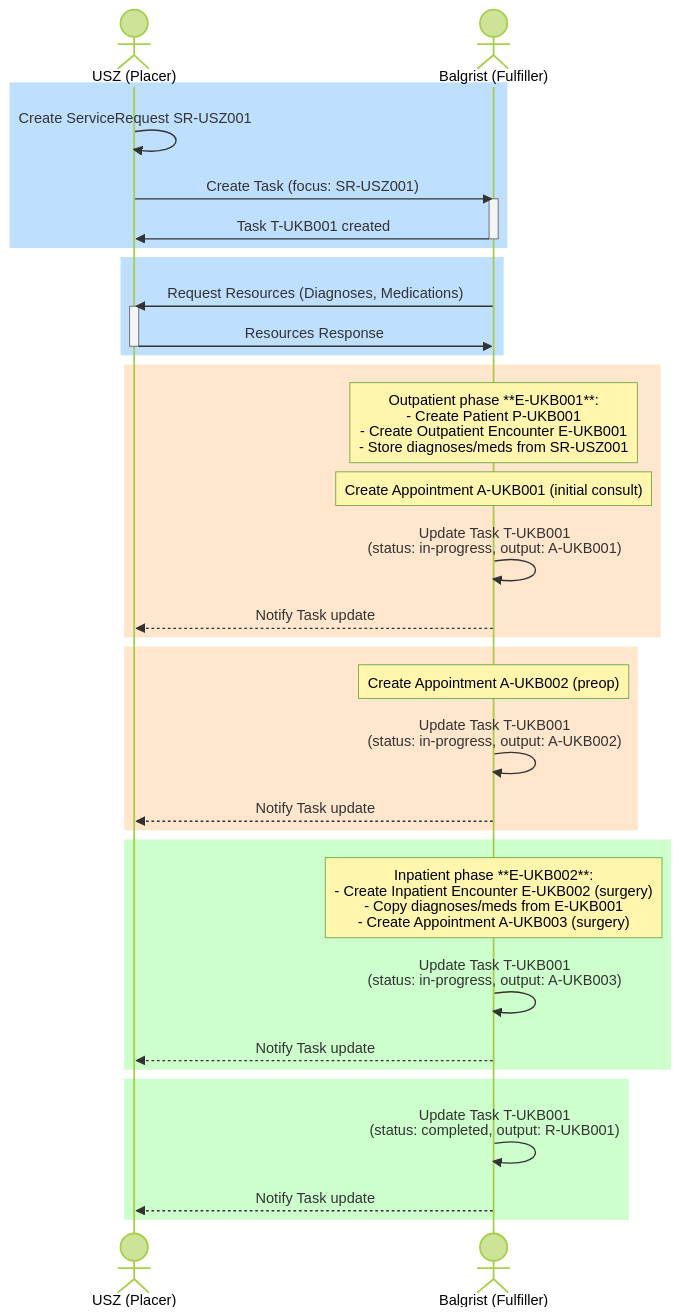
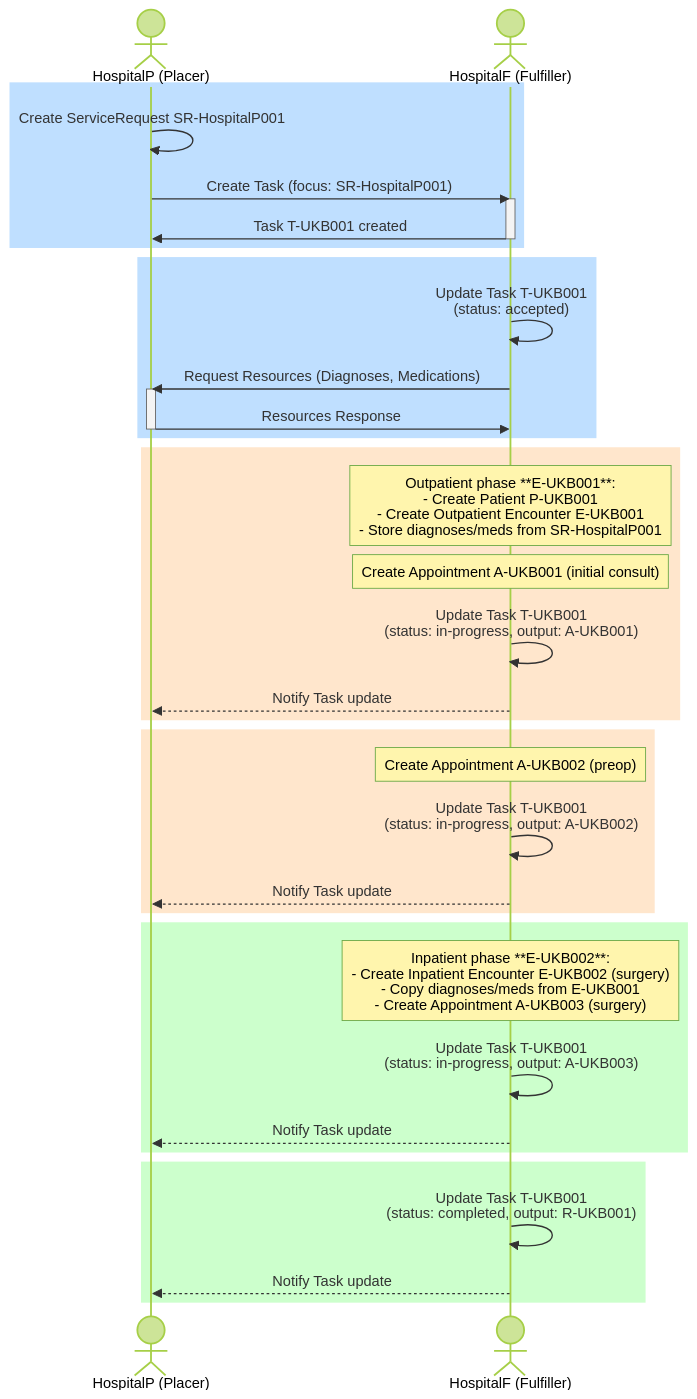
One commit to umzhconnect/umzhconnect-ig changed the diagram in input/pagecontent/usecase-referral-orthopedic.md. Above: the diagram before and after it, drawn with Mermaid (forest theme). The commit also changed other lines of this file and 3 other files, not shown here.

````diff
--- a/input/pagecontent/usecase-referral-orthopedic.md
+++ b/input/pagecontent/usecase-referral-orthopedic.md
@@ -10,45 +10,46 @@
 ```mermaid
 sequenceDiagram
-    actor USZ as USZ (Placer)
-    actor Balgrist as Balgrist (Fulfiller)
+    actor HospitalP as HospitalP (Placer)
+    actor HospitalF as HospitalF (Fulfiller)
     
     rect rgb(191, 223, 255)
-    USZ->>USZ: Create ServiceRequest SR-USZ001
-    USZ->>Balgrist: Create Task (focus: SR-USZ001)
-    activate Balgrist
-    Balgrist->>USZ: Task T-UKB001 created
-    deactivate Balgrist
+    HospitalP->>HospitalP: Create ServiceRequest SR-HospitalP001
+    HospitalP->>HospitalF: Create Task (focus: SR-HospitalP001)
+    activate HospitalF
+    HospitalF->>HospitalP: Task T-UKB001 created
+    deactivate HospitalF
     end
     
     rect rgb(191, 223, 255)
-    Balgrist->>USZ: Request Resources (Diagnoses, Medications)
-    activate USZ
-    USZ->>Balgrist: Resources Response
-    deactivate USZ
+    HospitalF->>HospitalF: Update Task T-UKB001<br/>(status: accepted)
+    HospitalF->>HospitalP: Request Resources (Diagnoses, Medications)
+    activate HospitalP
+    HospitalP->>HospitalF: Resources Response
+    deactivate HospitalP
     end
     
     rect rgb(255, 230, 204)
-    Note over Balgrist: Outpatient phase **E-UKB001**:<br/>- Create Patient P-UKB001<br/>- Create Outpatient Encounter E-UKB001<br/>- Store diagnoses/meds from SR-USZ001
-    Note over Balgrist: Create Appointment A-UKB001 (initial consult)
-    Balgrist->>Balgrist: Update Task T-UKB001<br/>(status: in-progress, output: A-UKB001)
-    Balgrist-->>USZ: Notify Task update
+    Note over HospitalF: Outpatient phase **E-UKB001**:<br/>- Create Patient P-UKB001<br/>- Create Outpatient Encounter E-UKB001<br/>- Store diagnoses/meds from SR-HospitalP001
+    Note over HospitalF: Create Appointment A-UKB001 (initial consult)
+    HospitalF->>HospitalF: Update Task T-UKB001<br/>(status: in-progress, output: A-UKB001)
+    HospitalF-->>HospitalP: Notify Task update
     end
 
     rect rgb(255, 230, 204)
-    Note over Balgrist: Create Appointment A-UKB002 (preop)
-    Balgrist->>Balgrist: Update Task T-UKB001<br/>(status: in-progress, output: A-UKB002)
-    Balgrist-->>USZ: Notify Task update
+    Note over HospitalF: Create Appointment A-UKB002 (preop)
+    HospitalF->>HospitalF: Update Task T-UKB001<br/>(status: in-progress, output: A-UKB002)
+    HospitalF-->>HospitalP: Notify Task update
     end
 
     rect rgb(204, 255, 204)
-    Note over Balgrist: Inpatient phase **E-UKB002**:<br/>- Create Inpatient Encounter E-UKB002 (surgery)<br/>- Copy diagnoses/meds from E-UKB001<br/>- Create Appointment A-UKB003 (surgery)
-    Balgrist->>Balgrist: Update Task T-UKB001<br/>(status: in-progress, output: A-UKB003)
-    Balgrist-->>USZ: Notify Task update
+    Note over HospitalF: Inpatient phase **E-UKB002**:<br/>- Create Inpatient Encounter E-UKB002 (surgery)<br/>- Copy diagnoses/meds from E-UKB001<br/>- Create Appointment A-UKB003 (surgery)
+    HospitalF->>HospitalF: Update Task T-UKB001<br/>(status: in-progress, output: A-UKB003)
+    HospitalF-->>HospitalP: Notify Task update
     end
     
     rect rgb(204, 255, 204)
-    Balgrist->>Balgrist: Update Task T-UKB001<br/>(status: completed, output: R-UKB001)
-    Balgrist-->>USZ: Notify Task update
+    HospitalF->>HospitalF: Update Task T-UKB001<br/>(status: completed, output: R-UKB001)
+    HospitalF-->>HospitalP: Notify Task update
     end
 
 ```
````
